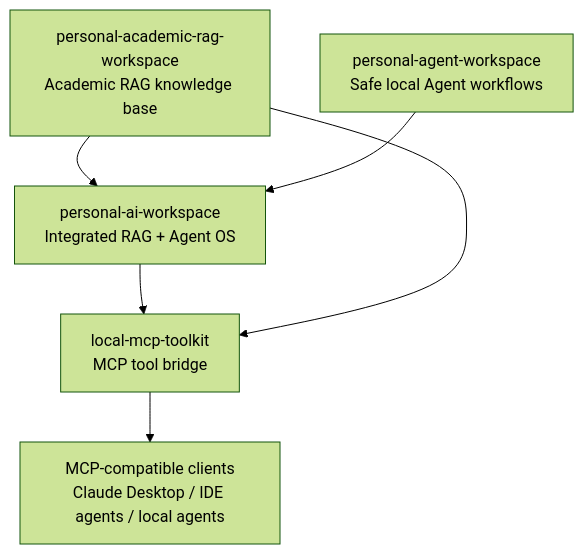
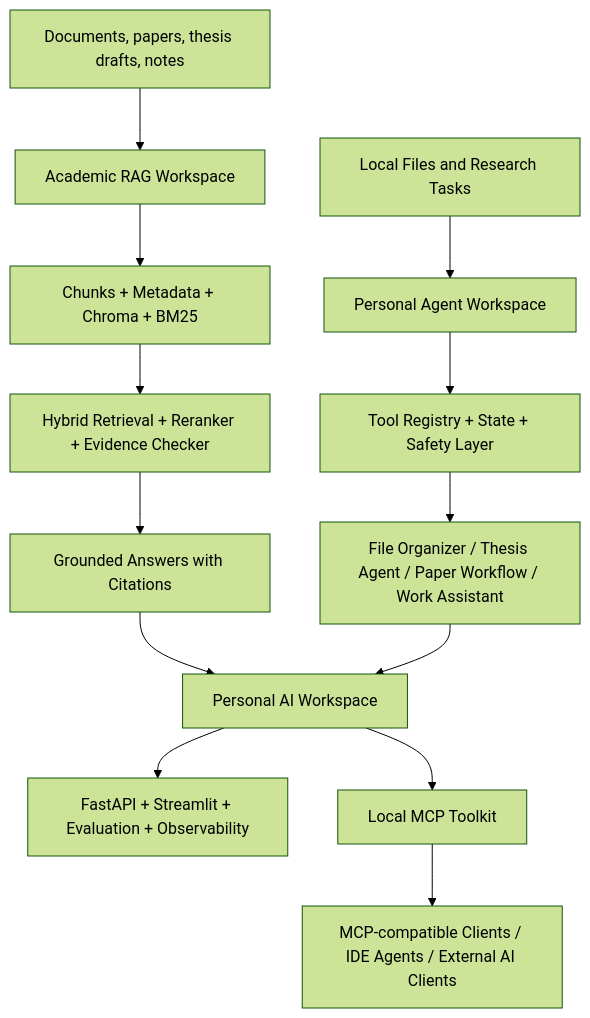
The diagram in README.md (Jatshi/personal-ai-research-suite), drawn with Mermaid (forest theme) before and after one commit. The commit also changed other lines of this file and 4 other files, not shown here.

````diff
--- a/README.md
+++ b/README.md
@@ -14,8 +72,17 @@
 ```mermaid
 flowchart TD
-    A["personal-academic-rag-workspace\nAcademic RAG knowledge base"] --> C["personal-ai-workspace\nIntegrated RAG + Agent OS"]
-    B["personal-agent-workspace\nSafe local Agent workflows"] --> C
-    C --> D["local-mcp-toolkit\nMCP tool bridge"]
-    A --> D
-    D --> E["MCP-compatible clients\nClaude Desktop / IDE agents / local agents"]
+    A["Documents, papers, thesis drafts, notes"] --> B["Academic RAG Workspace"]
+    B --> C["Chunks + Metadata + Chroma + BM25"]
+    C --> D["Hybrid Retrieval + Reranker + Evidence Checker"]
+    D --> E["Grounded Answers with Citations"]
+
+    F["Local Files and Research Tasks"] --> G["Personal Agent Workspace"]
+    G --> H["Tool Registry + State + Safety Layer"]
+    H --> I["File Organizer / Thesis Agent / Paper Workflow / Work Assistant"]
+
+    E --> J["Personal AI Workspace"]
+    I --> J
+    J --> K["FastAPI + Streamlit + Evaluation + Observability"]
+    J --> L["Local MCP Toolkit"]
+    L --> M["MCP-compatible Clients / IDE Agents / External AI Clients"]
 ```
````
